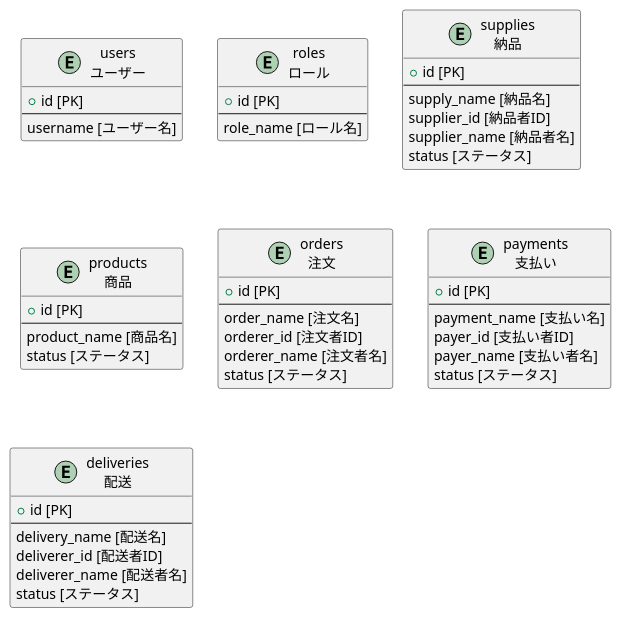
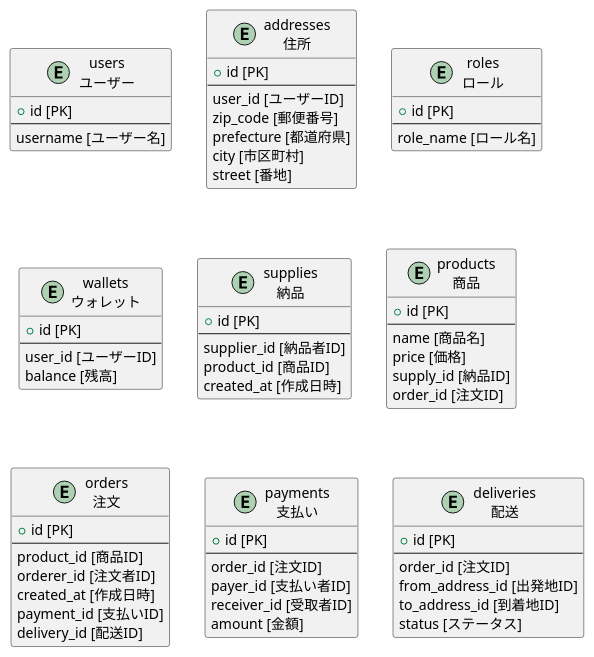
Before and after one commit to ppdx999/mercarry: the diagram in docs/er/tables.pu, drawn with PlantUML. The commit also changed 4 other files, not shown here.

```diff
--- a/docs/er/tables.pu
+++ b/docs/er/tables.pu
@@ -1,57 +1,76 @@
 @startuml tables
 entity users as "users\nユーザー" {
 	+ id [PK]
 	--
 	username [ユーザー名]
+}
+
+entity address as "addresses\n住所" {
+	+ id [PK]
+	--
+	user_id [ユーザーID]
+	zip_code [郵便番号]
+	prefecture [都道府県]
+	city [市区町村]
+	street [番地]
 }
 
 entity roles as "roles\nロール" {
 	+ id [PK]
 	--
 	role_name [ロール名]
 }
 
+entity wallets as "wallets\nウォレット" {
+	+ id [PK]
+	--
+	user_id [ユーザーID]
+	balance [残高]
+}
+
 entity supplies as "supplies\n納品" {
 	+ id [PK]
 	--
-	supply_name [納品名]
 	supplier_id [納品者ID]
-	supplier_name [納品者名]
-	status [ステータス]
+	product_id [商品ID]
+	created_at [作成日時]
 }
 
 entity products as "products\n商品" {
 	+ id [PK]
 	--
-	product_name [商品名]
-	status [ステータス]
+	name [商品名]
+	price [価格]
+	supply_id [納品ID]
+	order_id [注文ID]
 }
 
 entity orders as "orders\n注文" {
 	+ id [PK]
 	--
-	order_name [注文名]
+	product_id [商品ID]
 	orderer_id [注文者ID]
-	orderer_name [注文者名]
-	status [ステータス]
+	created_at [作成日時]
+	payment_id [支払いID]
+	delivery_id [配送ID]
 }
 
 entity payments as "payments\n支払い" {
 	+ id [PK]
 	--
-	payment_name [支払い名]
+	order_id [注文ID]
 	payer_id [支払い者ID]
-	payer_name [支払い者名]
-	status [ステータス]
+	receiver_id [受取者ID]
+	amount [金額]
 }
 
 entity deliveries as "deliveries\n配送" {
 	+ id [PK]
 	--
-	delivery_name [配送名]
-	deliverer_id [配送者ID]
-	deliverer_name [配送者名]
+	order_id [注文ID]
+	from_address_id [出発地ID]
+	to_address_id [到着地ID]
 	status [ステータス]
 }
 
 @enduml
```
